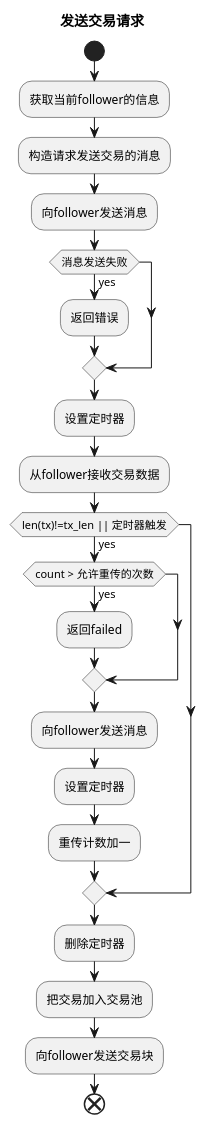
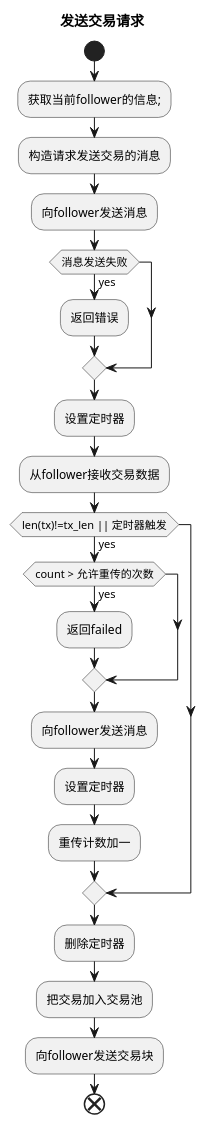
The diagram in doc/tx_request.wsd (alvinleee/matrix-work), drawn with PlantUML before and after one commit. The commit also changed 1 other file, not shown here.

```diff
--- a/doc/tx_request.wsd
+++ b/doc/tx_request.wsd
@@ -1,24 +1,24 @@
 @startuml
 title 发送交易请求
 start
-:获取当前follower的信息;
+:获取当前follower的信息;;
 :构造请求发送交易的消息;
 :向follower发送消息;
 if (消息发送失败) then (yes)
     :返回错误;
 endif
 :设置定时器;
 :从follower接收交易数据;
 if (len(tx)!=tx_len || 定时器触发) then (yes)
     if (count > 允许重传的次数) then (yes)
         :返回failed;
     endif
     :向follower发送消息;
     :设置定时器;
     :重传计数加一;
 endif
 :删除定时器;
 :把交易加入交易池;
 :向follower发送交易块;
 end
 @enduml
```
